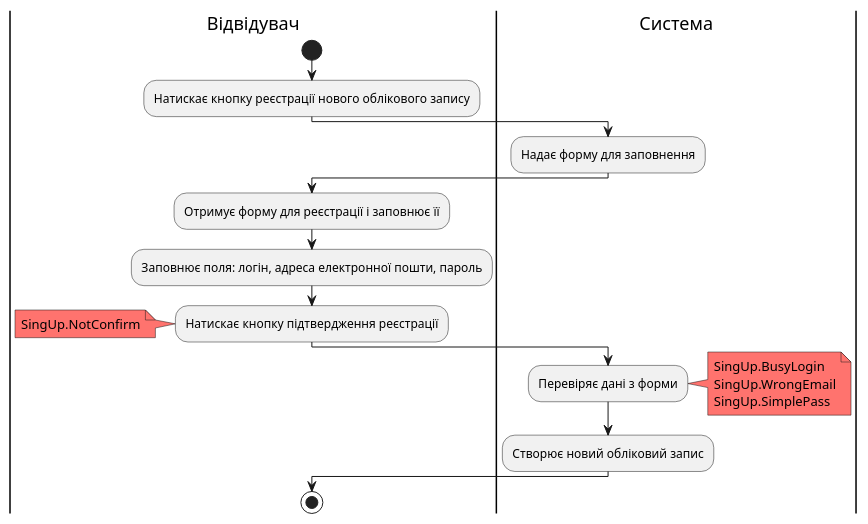
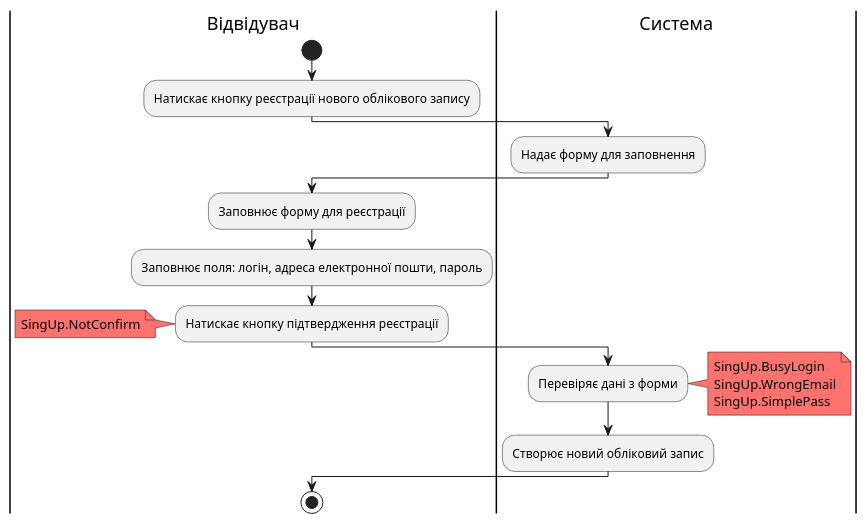
Before and after one commit to nonGratis/retarder-io-23-3-26: the fifth of 18 diagrams in docs/use cases/README.md, drawn with PlantUML. The commit also changed other lines of this file and 4 other files, not shown here.

```diff
--- a/docs/use cases/README.md
+++ b/docs/use cases/README.md
@@ -124,27 +129,27 @@
 @startuml
 |Відвідувач|
     start
     :Натискає кнопку реєстрації нового облікового запису;
 |Система|
     :Надає форму для заповнення;
 |Відвідувач|
-    :Отримує форму для реєстрації і заповнює її;
+    :Заповнює форму для реєстрації;
     :Заповнює поля: логін, адреса електронної пошти, пароль;
     :Натискає кнопку підтвердження реєстрації;
         note left #FF736E
             SingUp.NotConfirm
         end note
 
 |Система|
     :Перевіряє дані з форми;
         note right #FF736E
             SingUp.BusyLogin
             SingUp.WrongEmail
             SingUp.SimplePass
         end note
 
     :Створює новий обліковий запис;
 
 |Відвідувач|
     stop;
 @enduml
```
